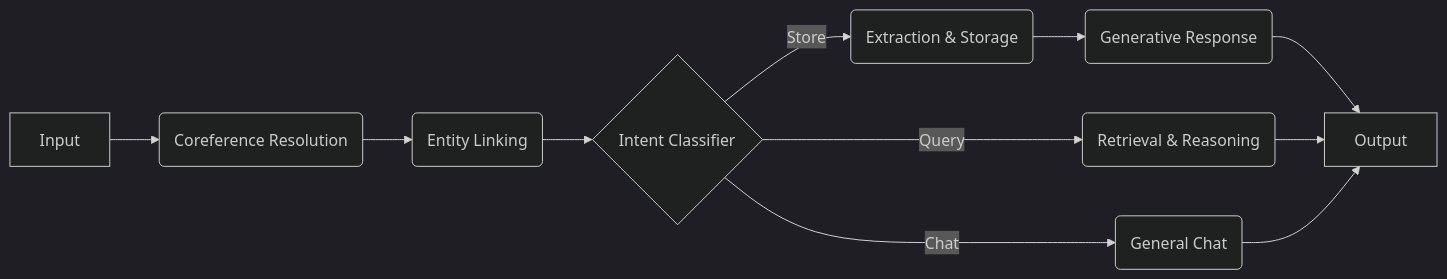
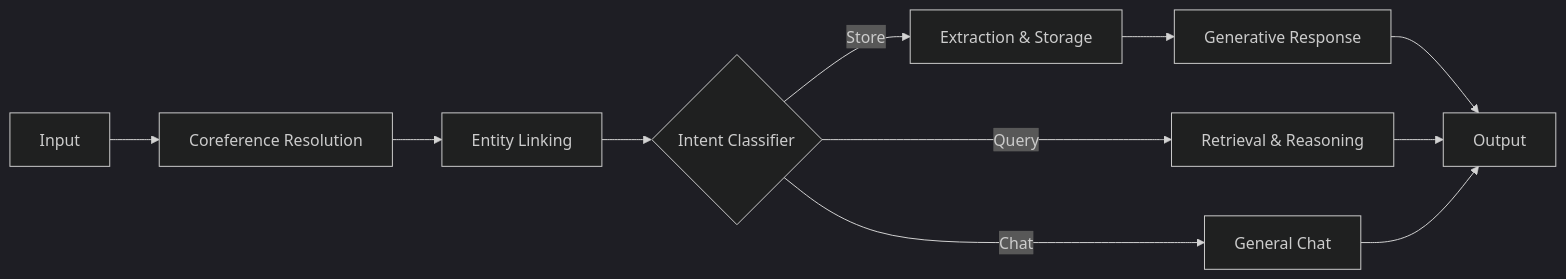
One commit to killua310/ai-agent changed the diagram in README.md. Above: the diagram before and after it, drawn with Mermaid (dark theme).

Commit message:
semi-final-v3

````diff
--- a/README.md
+++ b/README.md
@@ -30,13 +30,13 @@
 ```mermaid
 graph LR
-    A[Input] --> B(Coreference Resolution)
-    B --> C(Entity Linking)
-    C --> D{Intent Classifier}
-    D -- Store --> E(Extraction & Storage)
-    E --> F(Generative Response)
-    D -- Query --> G(Retrieval & Reasoning)
-    D -- Chat --> H(General Chat)
-    F --> I[Output]
+    A["Input"] --> B["Coreference Resolution"]
+    B --> C["Entity Linking"]
+    C --> D{"Intent Classifier"}
+    D -- Store --> E["Extraction & Storage"]
+    E --> F["Generative Response"]
+    D -- Query --> G["Retrieval & Reasoning"]
+    D -- Chat --> H["General Chat"]
+    F --> I["Output"]
     G --> I
     H --> I
 ```
````
